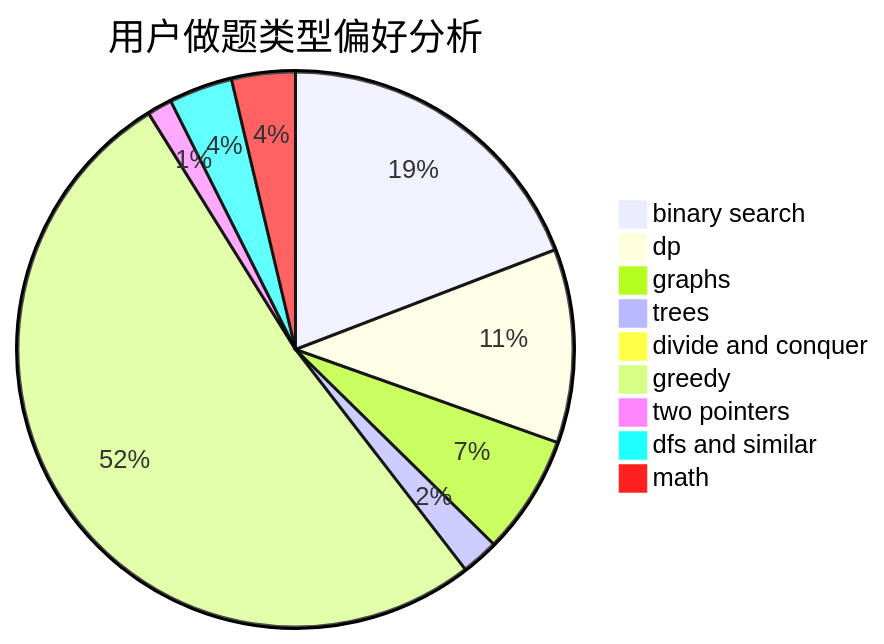
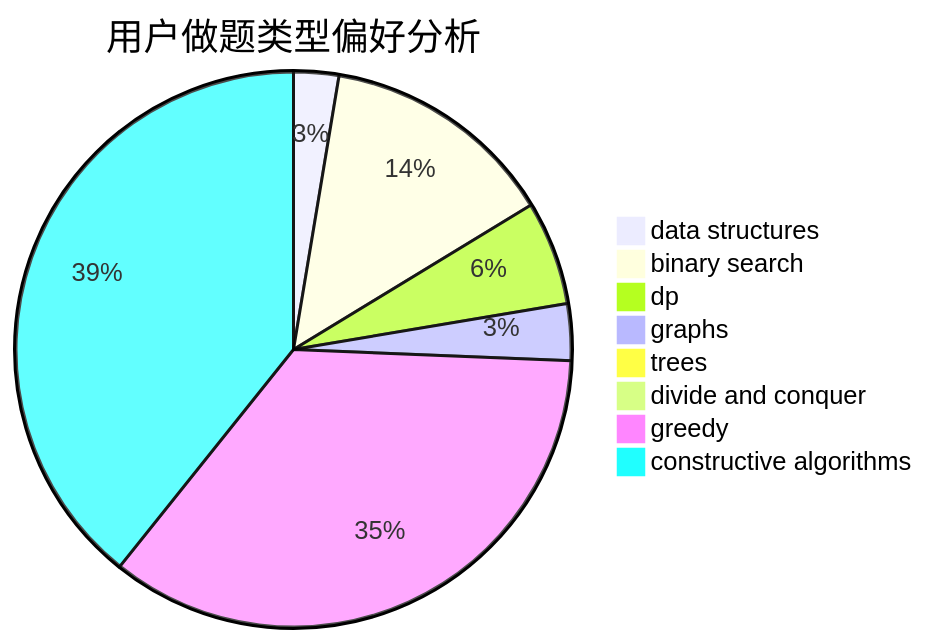
Before and after one commit to sherpahu/cfrs.github.io: the second of 3 diagrams in docs/user/u1511.md, drawn with Mermaid. The commit also changed other lines of this file and 2775 other files, not shown here.

````diff
--- a/docs/user/u1511.md
+++ b/docs/user/u1511.md
@@ -23,12 +23,11 @@
 ```mermaid
 pie title 用户做题类型偏好分析
-    "binary search" :  238
-    "dp" :  140
-    "graphs" :  86
-    "trees" :  27
-    "divide and conquer" :  2
-    "greedy" :  641
-    "two pointers" :  18
-    "dfs and similar" :  46
-    "math" :  46
+    "data structures" :  43
+    "binary search" :  224
+    "dp" :  99
+    "graphs" :  54
+    "trees" :  6
+    "divide and conquer" :  1
+    "greedy" :  575
+    "constructive algorithms" :  643
 ```
````
